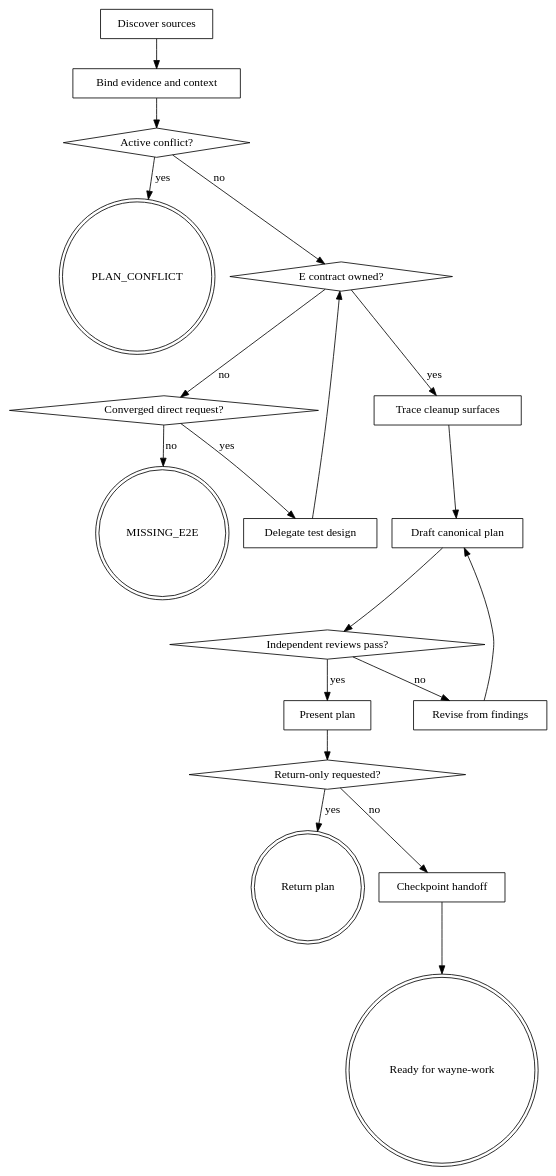
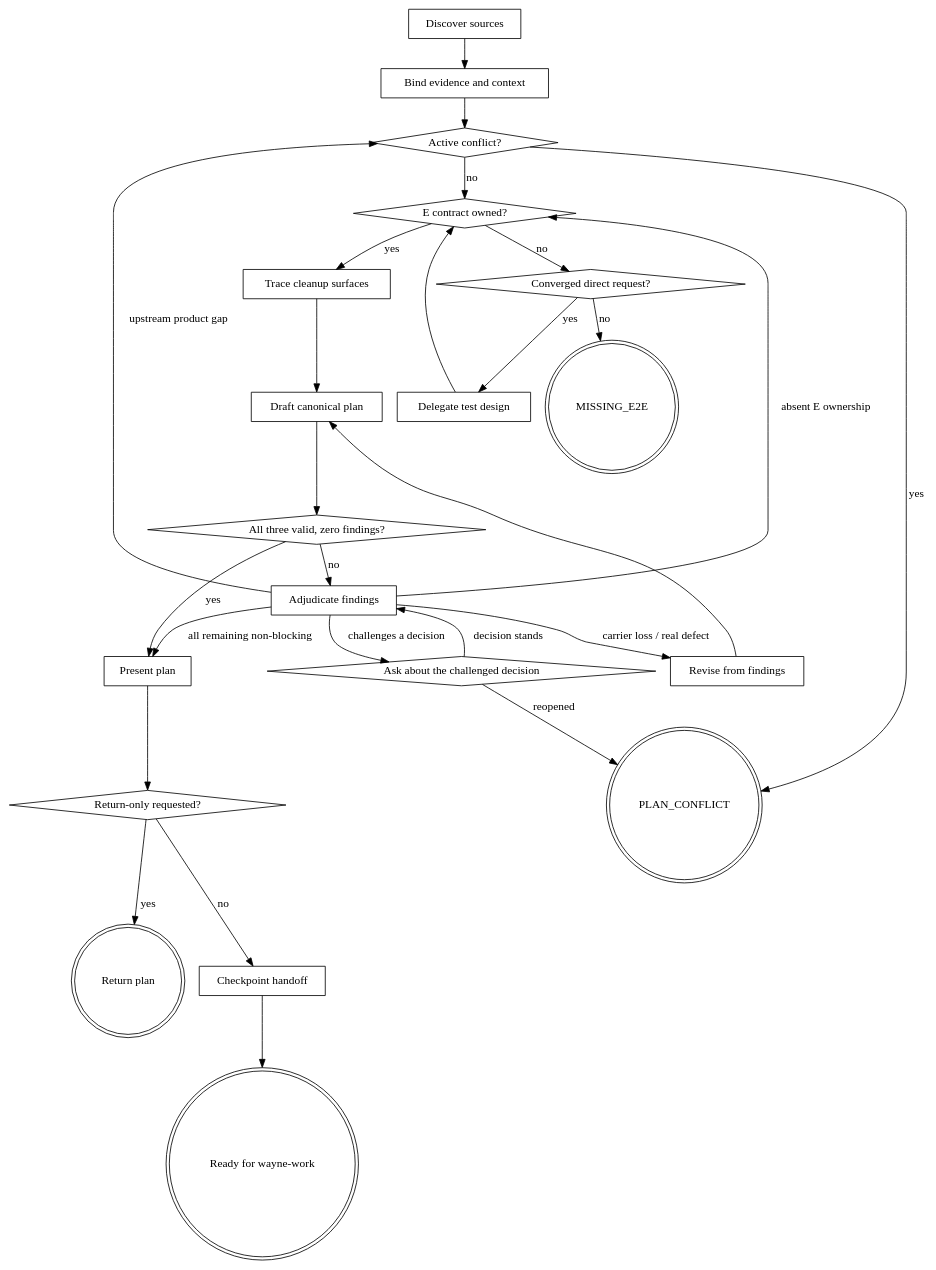
The diagram in wayne-plan/SKILL.md (waynejing995/wayne-taste), drawn with Graphviz before and after one commit. The commit also changed other lines of this file and 12 other files, not shown here.

````diff
--- a/wayne-plan/SKILL.md
+++ b/wayne-plan/SKILL.md
@@ -26,41 +26,50 @@
 ```dot
 digraph wayne_plan {
     rankdir=TB;
     A [label="Discover sources", shape=box];
     B [label="Bind evidence and context", shape=box];
     C [label="Active conflict?", shape=diamond];
     X [label="PLAN_CONFLICT", shape=doublecircle];
     D [label="E contract owned?", shape=diamond];
     O [label="Converged direct request?", shape=diamond];
     T [label="Delegate test design", shape=box];
     Y [label="MISSING_E2E", shape=doublecircle];
     E [label="Trace cleanup surfaces", shape=box];
     F [label="Draft canonical plan", shape=box];
-    G [label="Independent reviews pass?", shape=diamond];
+    G [label="All three valid, zero findings?", shape=diamond];
+    ADJ [label="Adjudicate findings", shape=box];
+    N [label="Ask about the challenged decision", shape=diamond];
     H [label="Revise from findings", shape=box];
     J [label="Present plan", shape=box];
     K [label="Return-only requested?", shape=diamond];
     R [label="Return plan", shape=doublecircle];
     L [label="Checkpoint handoff", shape=box];
     W [label="Ready for wayne-work", shape=doublecircle];
 
     A -> B;
     B -> C;
     C -> X [label="yes"];
     C -> D [label="no"];
     D -> O [label="no"];
     O -> T [label="yes"];
     O -> Y [label="no"];
     T -> D;
     D -> E [label="yes"];
     E -> F;
     F -> G;
-    G -> H [label="no"];
+    G -> J [label="yes"];
+    G -> ADJ [label="no"];
+    ADJ -> H [label="carrier loss / real defect"];
+    ADJ -> N [label="challenges a decision"];
+    ADJ -> C [label="upstream product gap"];
+    ADJ -> D [label="absent E ownership"];
+    ADJ -> J [label="all remaining non-blocking"];
+    N -> ADJ [label="decision stands"];
+    N -> X [label="reopened"];
     H -> F;
-    G -> J [label="yes"];
     J -> K;
     K -> R [label="yes"];
     K -> L [label="no"];
     L -> W;
 }
 ```
````
